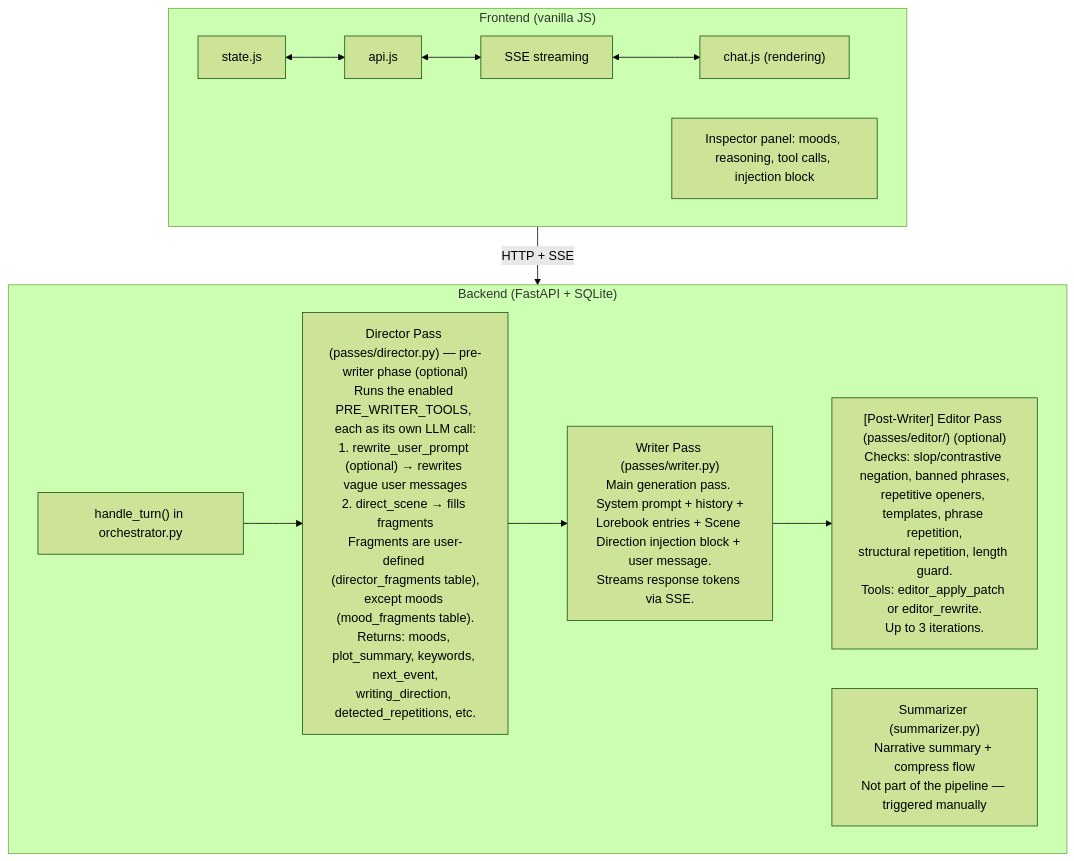
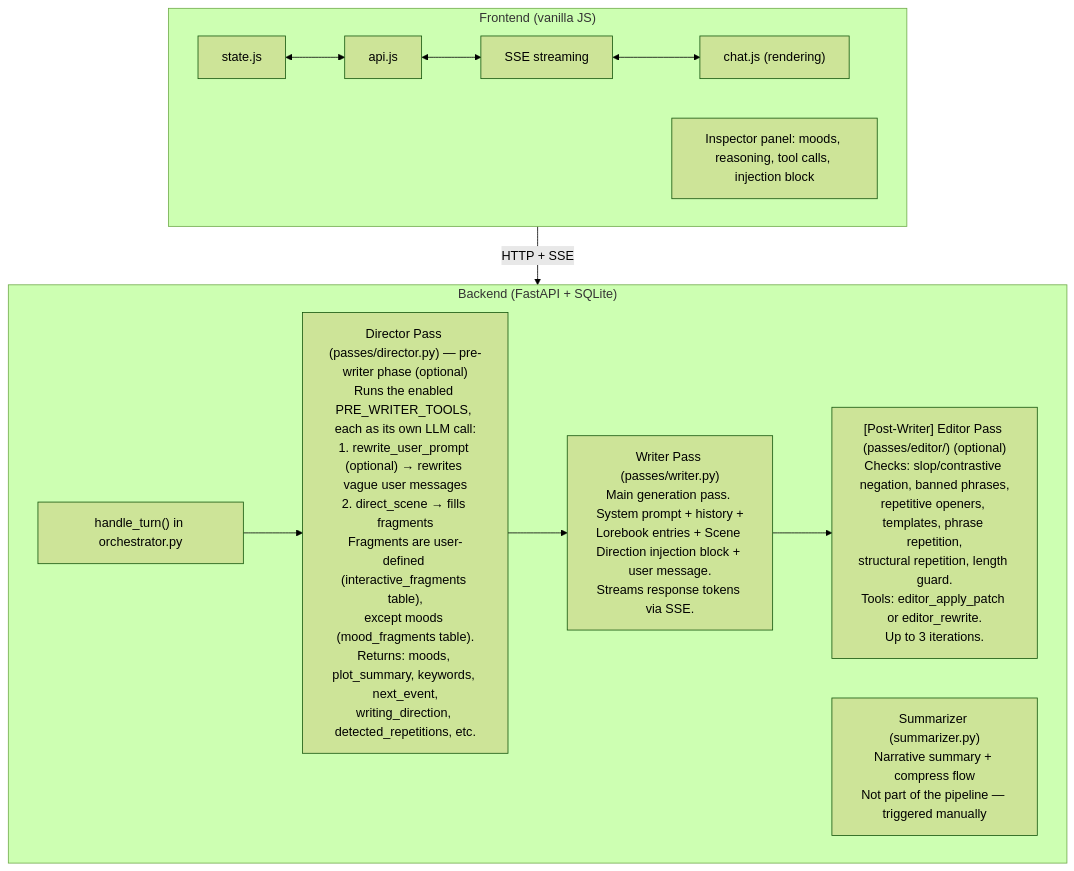
The first of 4 diagrams in AGENTS.md (OrbFrontend/Orb), drawn with Mermaid (forest theme) before and after one commit. The commit also changed other lines of this file and 1 other file, not shown here.

````diff
--- a/AGENTS.md
+++ b/AGENTS.md
@@ -17,22 +17,22 @@
 ```mermaid
 graph TD
     subgraph Frontend ["Frontend (vanilla JS)"]
         state["state.js"] <--> api["api.js"]
         api <--> sse["SSE streaming"]
         sse <--> chat["chat.js (rendering)"]
         inspector["Inspector panel: moods, reasoning, tool calls, injection block"]
     end
 
     subgraph Backend ["Backend (FastAPI + SQLite)"]
         orch["handle_turn() in orchestrator.py"]
 
-        dir["Director Pass (passes/director.py) — pre-writer phase (optional)<br/>Runs the enabled PRE_WRITER_TOOLS, each as its own LLM call:<br/>1. rewrite_user_prompt (optional) → rewrites vague user messages<br/>2. direct_scene → fills fragments<br/>Fragments are user-defined (director_fragments table),<br/>except moods (mood_fragments table).<br/>Returns: moods, plot_summary, keywords, next_event,<br/>writing_direction, detected_repetitions, etc."]
+        dir["Director Pass (passes/director.py) — pre-writer phase (optional)<br/>Runs the enabled PRE_WRITER_TOOLS, each as its own LLM call:<br/>1. rewrite_user_prompt (optional) → rewrites vague user messages<br/>2. direct_scene → fills fragments<br/>Fragments are user-defined (interactive_fragments table),<br/>except moods (mood_fragments table).<br/>Returns: moods, plot_summary, keywords, next_event,<br/>writing_direction, detected_repetitions, etc."]
         writer["Writer Pass (passes/writer.py)<br/>Main generation pass. System prompt + history +<br/>Lorebook entries + Scene Direction injection block + user message.<br/>Streams response tokens via SSE."]
         editor["[Post-Writer] Editor Pass (passes/editor/) (optional)<br/>Checks: slop/contrastive negation, banned phrases,<br/>repetitive openers, templates, phrase repetition,<br/>structural repetition, length guard.<br/>Tools: editor_apply_patch or editor_rewrite.<br/>Up to 3 iterations."]
         summarizer["Summarizer (summarizer.py)<br/>Narrative summary + compress flow<br/>Not part of the pipeline — triggered manually"]
 
         orch --> dir --> writer --> editor
     end
 
     Frontend -- "HTTP + SSE" --> Backend
 ```
````
